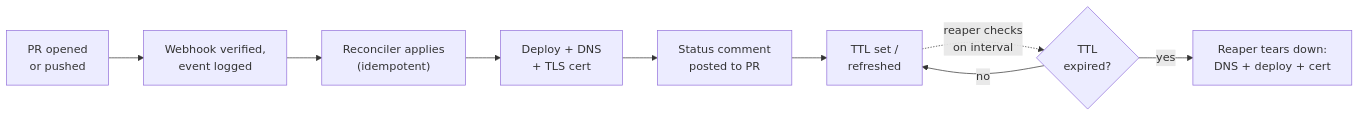
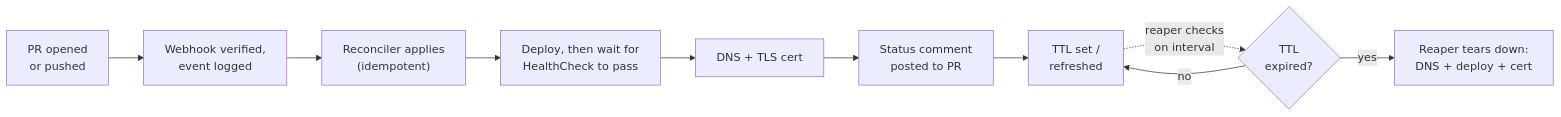
One commit to khanalsaroj/ramify changed the second of 2 diagrams in README.md. Above: the diagram before and after it, drawn with Mermaid. The commit also changed other lines of this file and 28 other files, not shown here.

````diff
--- a/README.md
+++ b/README.md
@@ -131,11 +139,12 @@
 ```mermaid
 flowchart LR
     A["PR opened<br/>or pushed"] --> B["Webhook verified,<br/>event logged"]
     B --> C["Reconciler applies<br/>(idempotent)"]
-    C --> D["Deploy + DNS<br/>+ TLS cert"]
+    C --> C2["Deploy, then wait for<br/>HealthCheck to pass"]
+    C2 --> D["DNS + TLS cert"]
     D --> E["Status comment<br/>posted to PR"]
     E --> F["TTL set /<br/>refreshed"]
     F -.->|"reaper checks<br/>on interval"| G{"TTL<br/>expired?"}
     G -- no --> F
     G -- yes --> H["Reaper tears down:<br/>DNS + deploy + cert"]
 ```
````
